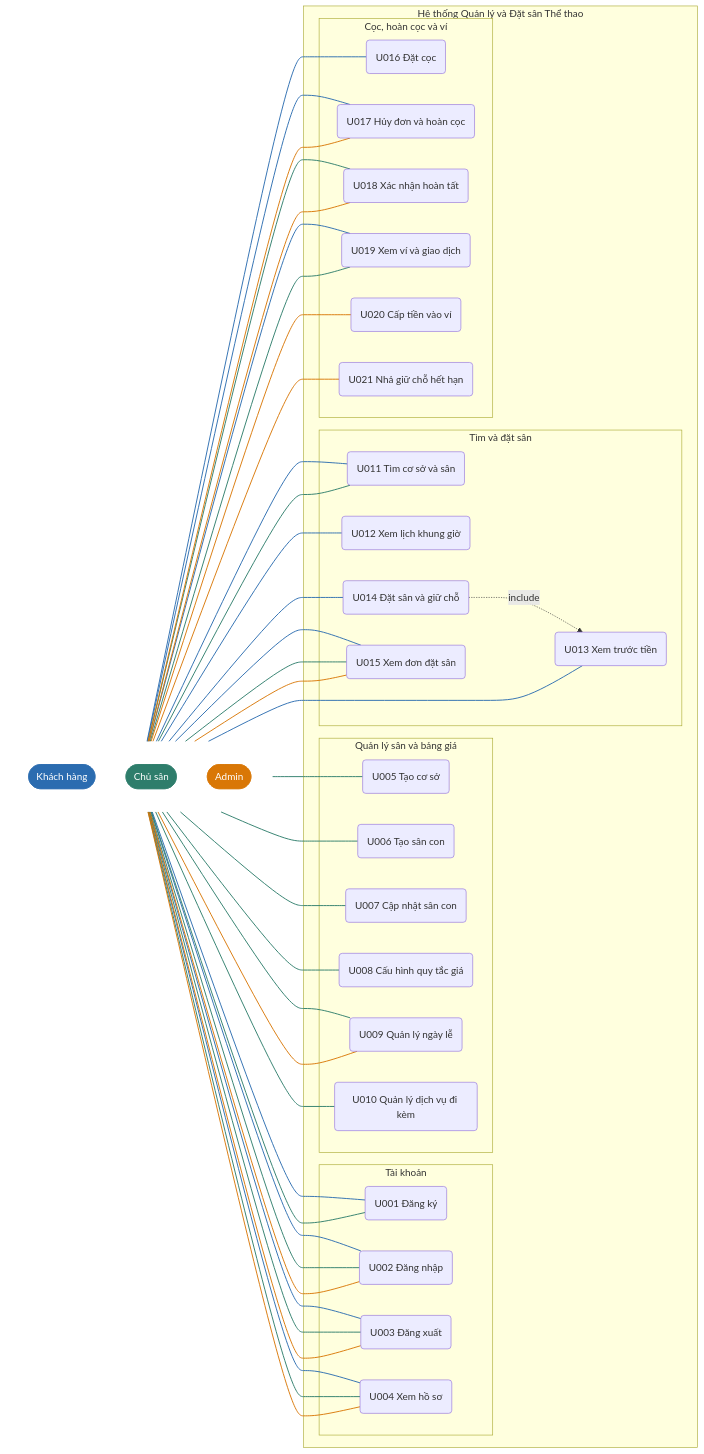
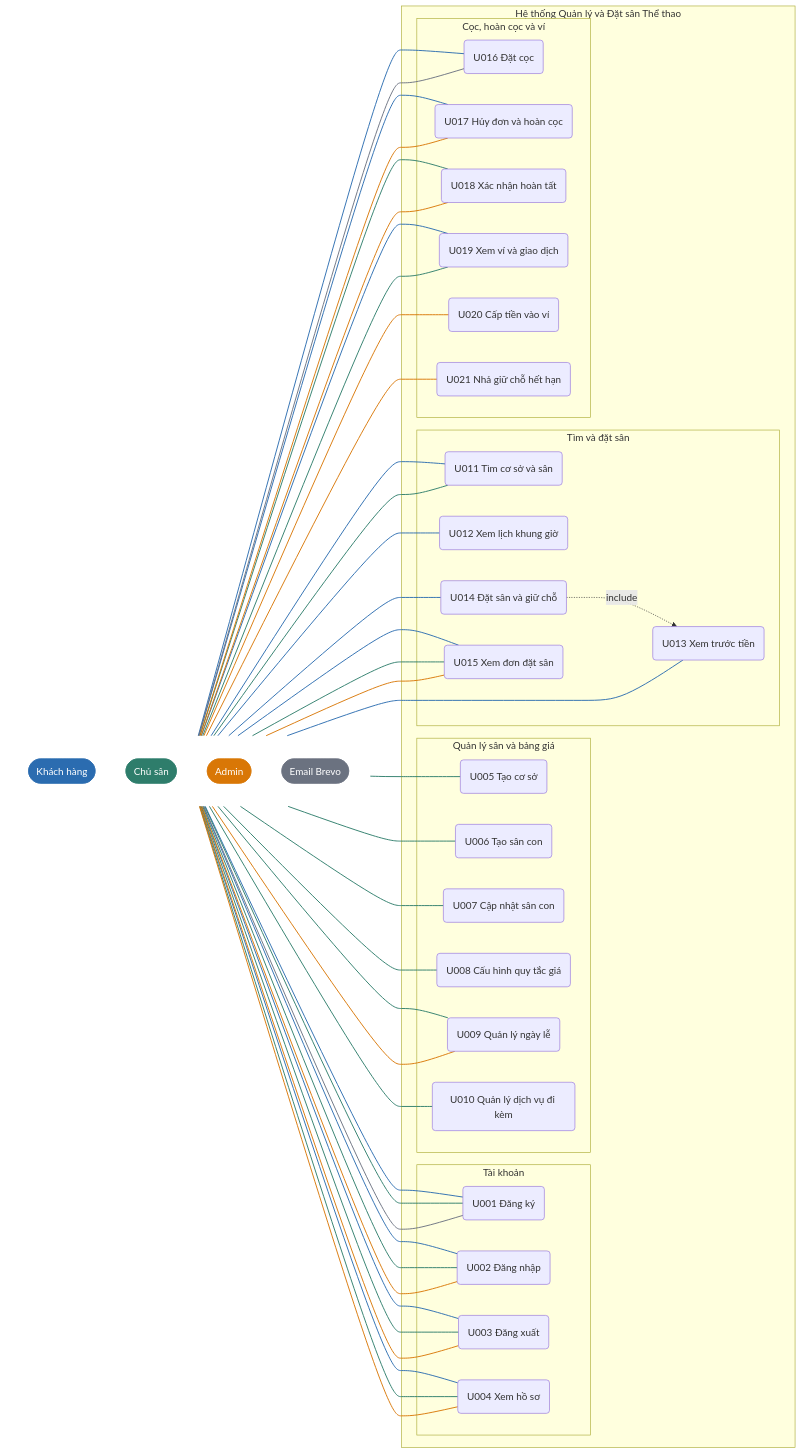
One commit to HauBaka/sports-court-booking changed the diagram in docs/analysis-report.md. Above: the diagram before and after it, drawn with Mermaid. The commit also changed other lines of this file and 1 other file, not shown here.

````diff
--- a/docs/analysis-report.md
+++ b/docs/analysis-report.md
@@ -221,52 +224,56 @@
 ```mermaid
 
 flowchart LR
   subgraph LEFT[ ]
     direction TB
     KH([Khách hàng])
     CS([Chủ sân])
     AD([Admin])
+    BR([Email Brevo])
   end
   style LEFT fill:none,stroke:none
   subgraph SYS[Hệ thống Quản lý và Đặt sân Thể thao]
     subgraph G1[Tài khoản]
       U001(U001 Đăng ký)
       U002(U002 Đăng nhập)
       U003(U003 Đăng xuất)
       U004(U004 Xem hồ sơ)
     end
     subgraph G2[Quản lý sân và bảng giá]
       U005(U005 Tạo cơ sở)
       U006(U006 Tạo sân con)
       U007(U007 Cập nhật sân con)
       U008(U008 Cấu hình quy tắc giá)
       U009(U009 Quản lý ngày lễ)
       U010(U010 Quản lý dịch vụ đi kèm)
     end
     subgraph G3[Tìm và đặt sân]
       U011(U011 Tìm cơ sở và sân)
       U012(U012 Xem lịch khung giờ)
       U013(U013 Xem trước tiền)
       U014(U014 Đặt sân và giữ chỗ)
       U015(U015 Xem đơn đặt sân)
     end
     subgraph G4[Cọc, hoàn cọc và ví]
       U016(U016 Đặt cọc)
       U017(U017 Hủy đơn và hoàn cọc)
       U018(U018 Xác nhận hoàn tất)
       U019(U019 Xem ví và giao dịch)
       U020(U020 Cấp tiền vào ví)
       U021(U021 Nhả giữ chỗ hết hạn)
     end
   end
   KH --- U001 & U002 & U003 & U004 & U011 & U012 & U013 & U014 & U015 & U016 & U017 & U019
   CS --- U001 & U002 & U003 & U004 & U005 & U006 & U007 & U008 & U009 & U010 & U011 & U015 & U018 & U019
   AD --- U002 & U003 & U004 & U009 & U015 & U017 & U018 & U020 & U021
+  BR --- U001 & U016
   U014 -. include .-> U013
   style KH fill:#2b6cb0,stroke:#2b6cb0,color:#fff
   linkStyle 0,1,2,3,4,5,6,7,8,9,10,11 stroke:#2b6cb0,stroke-width:1.5px
   style CS fill:#2e7d6b,stroke:#2e7d6b,color:#fff
   linkStyle 12,13,14,15,16,17,18,19,20,21,22,23,24,25 stroke:#2e7d6b,stroke-width:1.5px
   style AD fill:#d97706,stroke:#d97706,color:#fff
   linkStyle 26,27,28,29,30,31,32,33,34 stroke:#d97706,stroke-width:1.5px
+  style BR fill:#6b7280,stroke:#6b7280,color:#fff
+  linkStyle 35,36 stroke:#6b7280,stroke-width:1.5px
 ```
````
